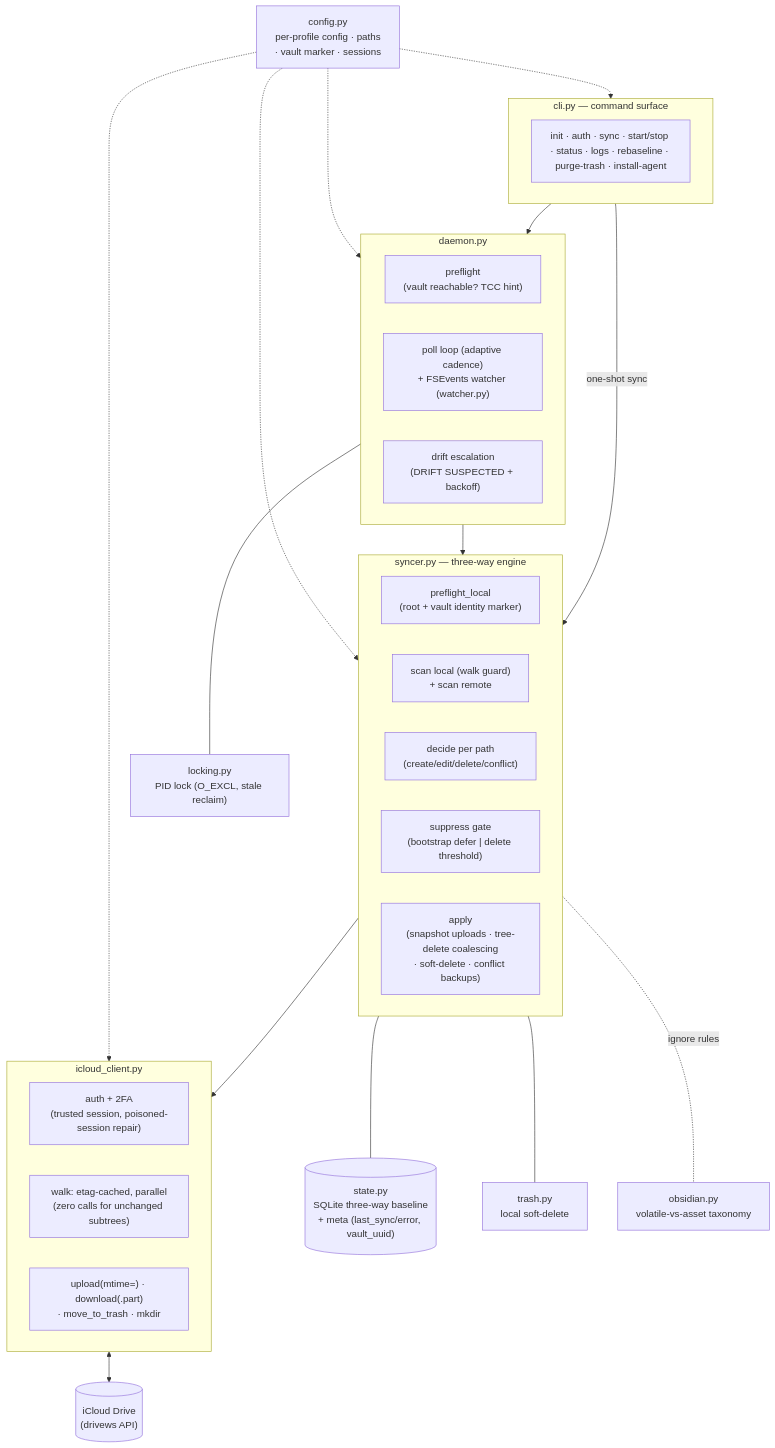
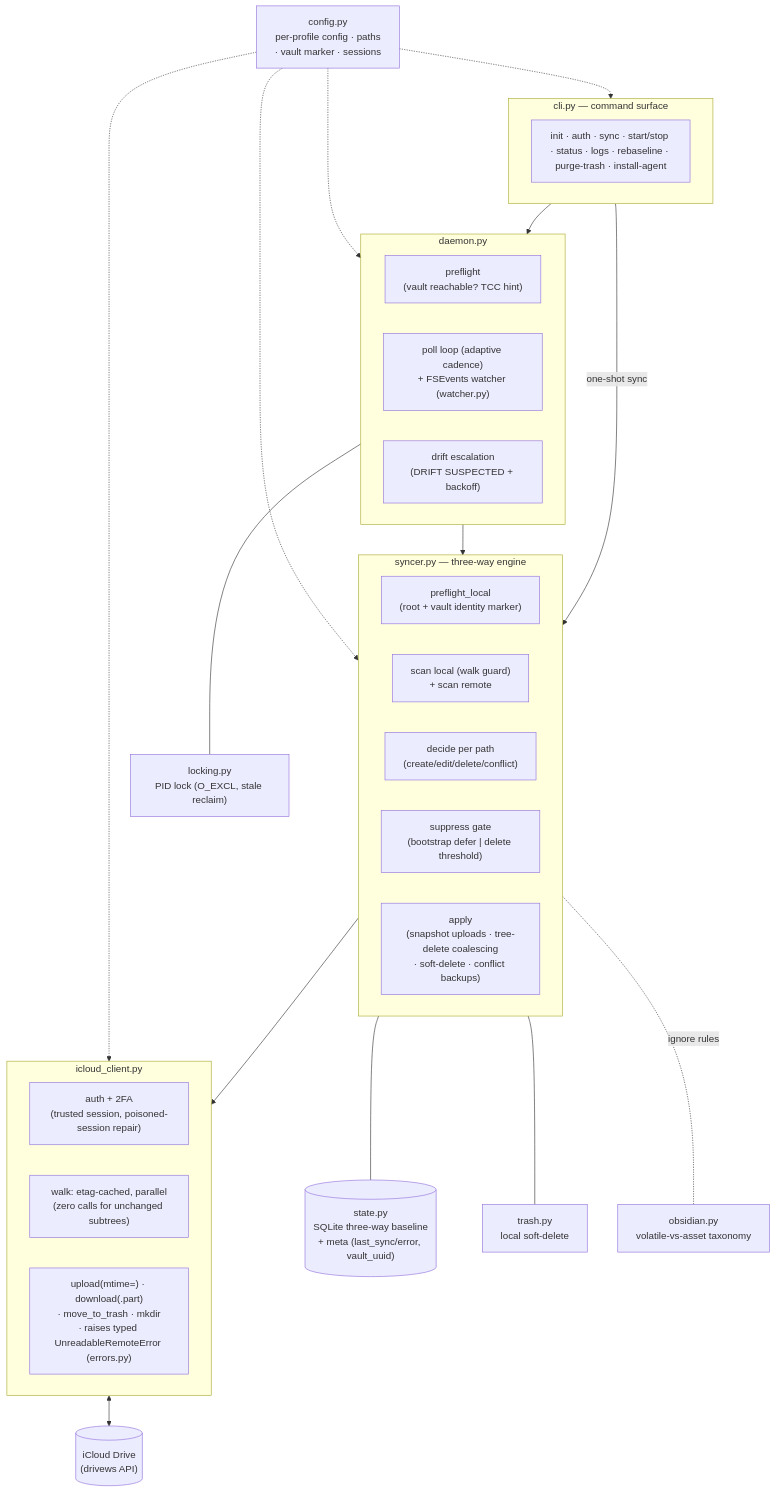
Before and after one commit to zanonicode/ifolder-sync: the first of 2 diagrams in docs/ARCHITECTURE.md, drawn with Mermaid. The commit also changed other lines of this file and 5 other files, not shown here.

````diff
--- a/docs/ARCHITECTURE.md
+++ b/docs/ARCHITECTURE.md
@@ -9,45 +9,45 @@
 ```mermaid
 flowchart TD
     subgraph CLI["cli.py — command surface"]
         direction LR
         CMDS["init · auth · sync · start/stop · status · logs · rebaseline · purge-trash · install-agent"]
     end
 
     subgraph DAEMON["daemon.py"]
         PRE["preflight\n(vault reachable? TCC hint)"]
         LOOP["poll loop (adaptive cadence)\n+ FSEvents watcher (watcher.py)"]
         DRIFT["drift escalation\n(DRIFT SUSPECTED + backoff)"]
     end
 
     subgraph ENGINE["syncer.py — three-way engine"]
         GUARDS["preflight_local\n(root + vault identity marker)"]
         SCAN["scan local (walk guard)\n+ scan remote"]
         DECIDE["decide per path\n(create/edit/delete/conflict)"]
         SUPPRESS["suppress gate\n(bootstrap defer | delete threshold)"]
         APPLY["apply\n(snapshot uploads · tree-delete coalescing\n· soft-delete · conflict backups)"]
     end
 
     subgraph CLIENT["icloud_client.py"]
         AUTH["auth + 2FA\n(trusted session, poisoned-session repair)"]
         WALK["walk: etag-cached, parallel\n(zero calls for unchanged subtrees)"]
-        OPS["upload(mtime=) · download(.part)\n· move_to_trash · mkdir"]
+        OPS["upload(mtime=) · download(.part)\n· move_to_trash · mkdir\n· raises typed UnreadableRemoteError (errors.py)"]
     end
 
     STATE[("state.py\nSQLite three-way baseline\n+ meta (last_sync/error, vault_uuid)")]
     LOCK["locking.py\nPID lock (O_EXCL, stale reclaim)"]
     TRASH["trash.py\nlocal soft-delete"]
     ICLOUD[("iCloud Drive\n(drivews API)")]
     OBSIDIAN["obsidian.py\nvolatile-vs-asset taxonomy"]
     CONFIG["config.py\nper-profile config · paths\n· vault marker · sessions"]
 
     CLI --> DAEMON
     CLI -->|one-shot sync| ENGINE
     DAEMON --> ENGINE
     DAEMON --- LOCK
     ENGINE --> CLIENT
     ENGINE --- STATE
     ENGINE --- TRASH
     ENGINE -.ignore rules.- OBSIDIAN
     CLIENT <--> ICLOUD
     CONFIG -.-> CLI & DAEMON & ENGINE & CLIENT
 ```
````
